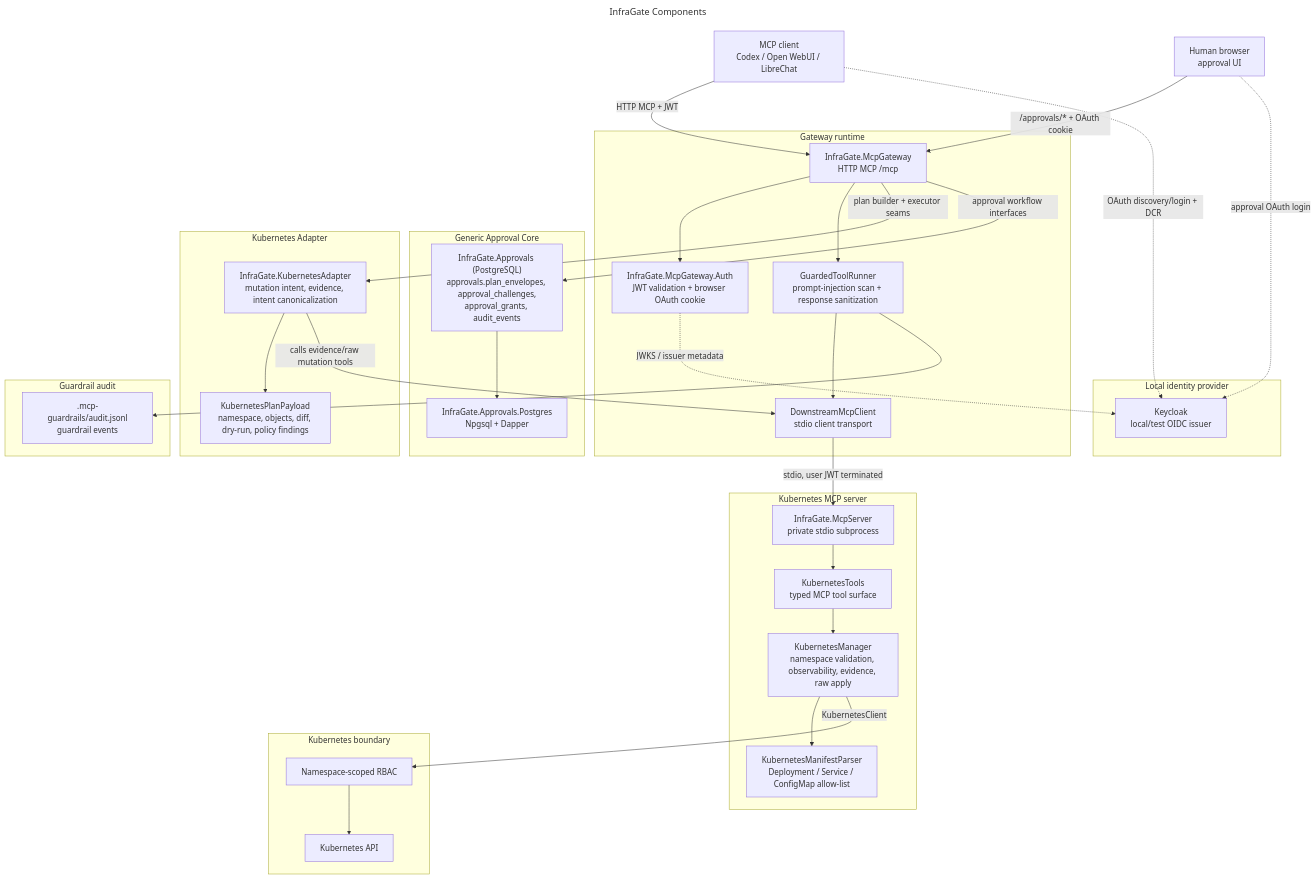
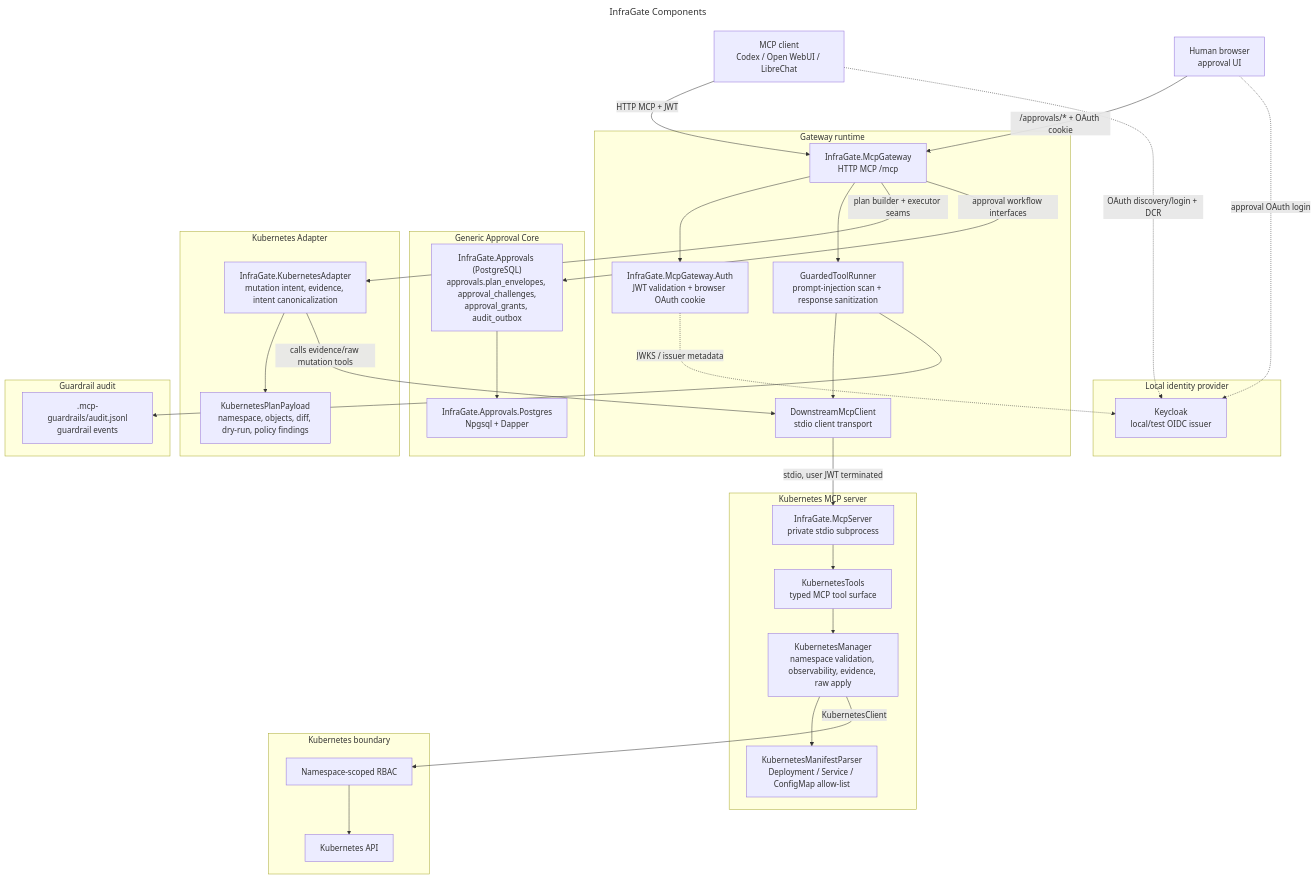
The first of 8 diagrams in docs/architecture.md (mirusser/Kubernetes-MCP-Guard), drawn with Mermaid before and after one commit. The commit also changed other lines of this file and 54 other files, not shown here.

Commit message:
refactor: audit: missing unit tests, architectural drifts involving test doubles and split interfaces, code standard violations, and tightened boundries (mostly in tests)

````diff
--- a/docs/architecture.md
+++ b/docs/architecture.md
@@ -12,65 +12,65 @@
 ```mermaid
 ---
 title: InfraGate Components
 ---
 flowchart TB
     Client["MCP client<br/>Codex / Open WebUI / LibreChat"]
     Browser["Human browser<br/>approval UI"]
 
     subgraph GatewayRuntime["Gateway runtime"]
         Gateway["InfraGate.McpGateway<br/>HTTP MCP /mcp"]
         Auth["InfraGate.McpGateway.Auth<br/>JWT validation + browser OAuth cookie"]
         Guardrails["GuardedToolRunner<br/>prompt-injection scan + response sanitization"]
         Downstream["DownstreamMcpClient<br/>stdio client transport"]
         Gateway --> Auth
         Gateway --> Guardrails
         Guardrails --> Downstream
     end
 
     subgraph DevAuth["Local identity provider"]
         Keycloak["Keycloak<br/>local/test OIDC issuer"]
     end
 
     subgraph GenericCore["Generic Approval Core"]
-        Approvals["InfraGate.Approvals (PostgreSQL)<br/>approvals.plan_envelopes, approval_challenges,<br/>approval_grants, audit_events"]
+        Approvals["InfraGate.Approvals (PostgreSQL)<br/>approvals.plan_envelopes, approval_challenges,<br/>approval_grants, audit_outbox"]
         Persistence["InfraGate.Approvals.Postgres<br/>Npgsql + Dapper"]
         Approvals --> Persistence
     end
 
     subgraph K8sAdapter["Kubernetes Adapter"]
         Adapter["InfraGate.KubernetesAdapter<br/>mutation intent, evidence, intent canonicalization"]
         Payload["KubernetesPlanPayload<br/>namespace, objects, diff, dry-run, policy findings"]
         Adapter --> Payload
     end
 
     subgraph ServerRuntime["Kubernetes MCP server"]
         Server["InfraGate.McpServer<br/>private stdio subprocess"]
         Tools["KubernetesTools<br/>typed MCP tool surface"]
         Manager["KubernetesManager<br/>namespace validation, observability, evidence, raw apply"]
         Parser["KubernetesManifestParser<br/>Deployment / Service / ConfigMap allow-list"]
         Server --> Tools --> Manager
         Manager --> Parser
     end
 
     subgraph GuardrailStore["Guardrail audit"]
         GuardAudit[".mcp-guardrails/audit.jsonl<br/>guardrail events"]
     end
 
     subgraph Kubernetes["Kubernetes boundary"]
         RBAC["Namespace-scoped RBAC"]
         Api["Kubernetes API"]
         RBAC --> Api
     end
 
     Client -->|"HTTP MCP + JWT"| Gateway
     Browser -->|"/approvals/* + OAuth cookie"| Gateway
     Client -. "OAuth discovery/login + DCR" .-> Keycloak
     Browser -. "approval OAuth login" .-> Keycloak
     Auth -. "JWKS / issuer metadata" .-> Keycloak
     Downstream -->|"stdio, user JWT terminated"| Server
     Guardrails --> GuardAudit
     Gateway -->|"plan builder + executor seams"| Adapter
     Adapter -->|"calls evidence/raw mutation tools"| Downstream
     Gateway -->|"approval workflow interfaces"| Approvals
     Manager -->|"KubernetesClient"| RBAC
 ```
````
